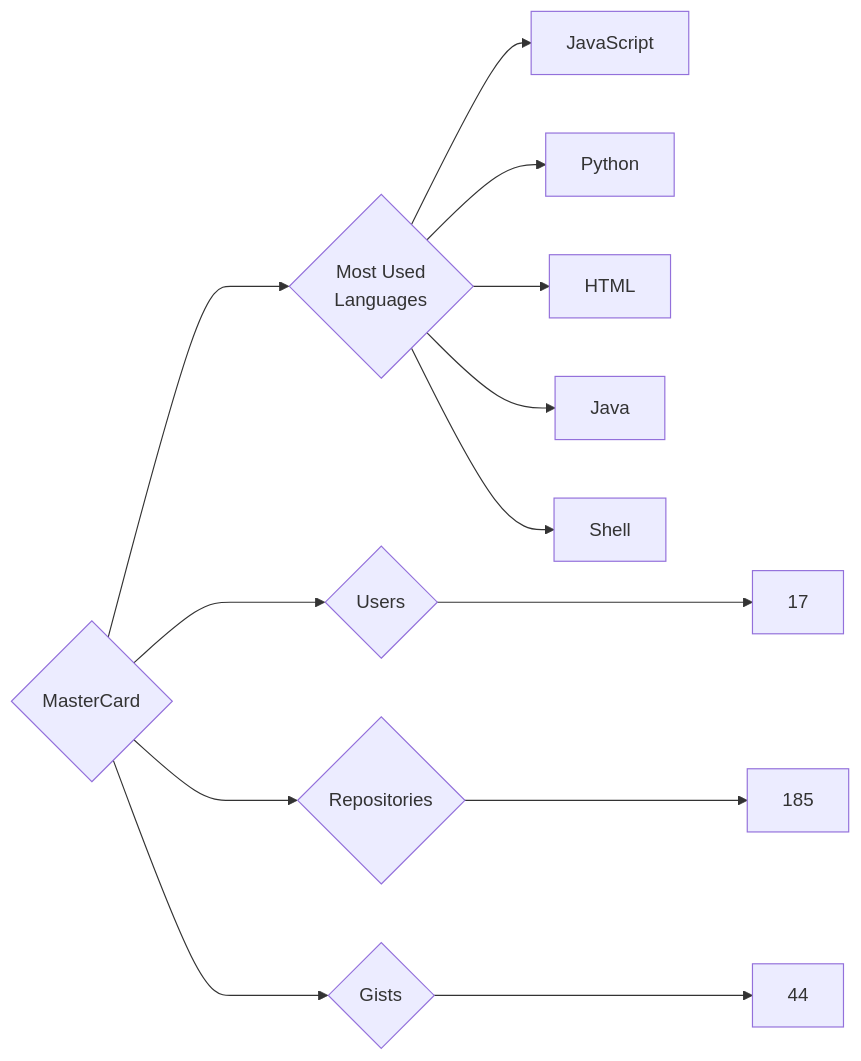
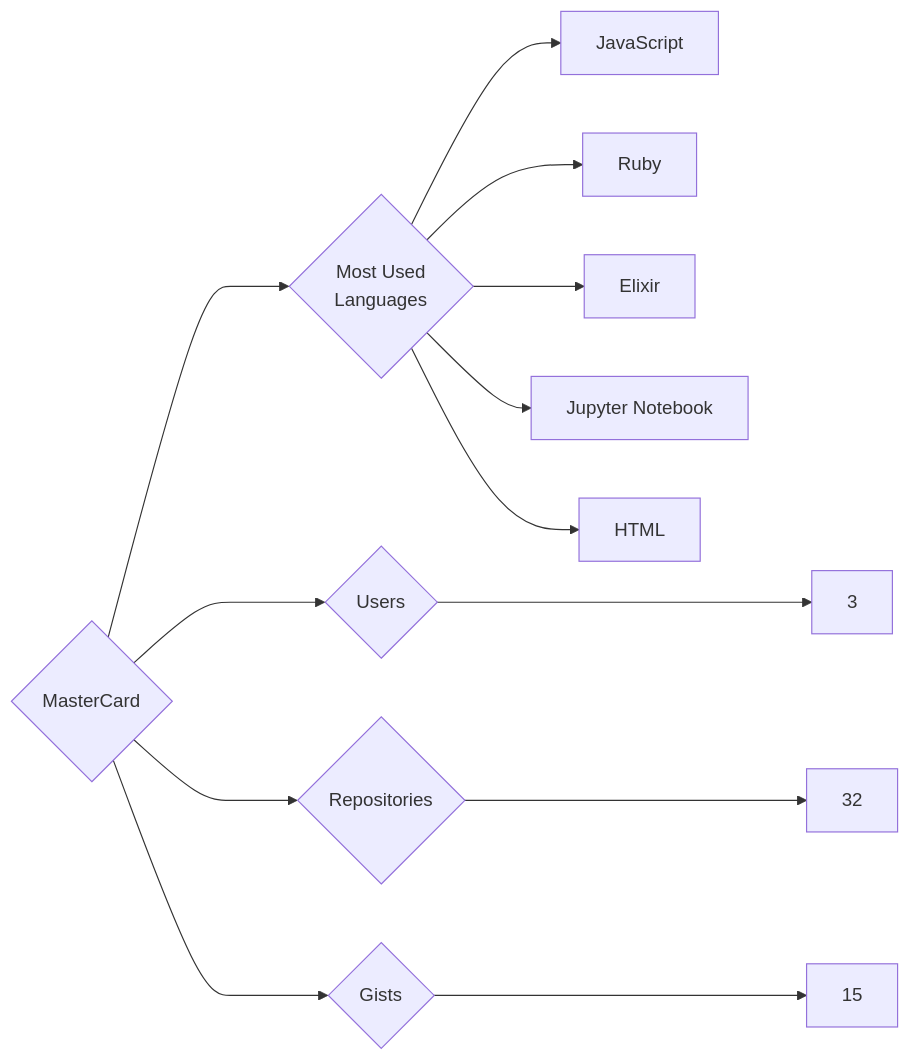
The diagram in targets/MasterCard/README.md (trickest/insiders), drawn with Mermaid before and after one commit. The commit also changed 1496 other files, not shown here.

````diff
--- a/targets/MasterCard/README.md
+++ b/targets/MasterCard/README.md
@@ -3,13 +3,13 @@
 ```mermaid
 graph LR
 COMPANY_NAME{MasterCard}
-COMPANY_NAME ---> U{Users} ---> UN[17]
-COMPANY_NAME ---> R{Repositories} ---> RN[185]
-COMPANY_NAME ---> G{Gists} ---> GN[44]
+COMPANY_NAME ---> U{Users} ---> UN[3]
+COMPANY_NAME ---> R{Repositories} ---> RN[32]
+COMPANY_NAME ---> G{Gists} ---> GN[15]
 COMPANY_NAME ---> ML{Most Used<br>Languages}
 ML --> JavaScript[JavaScript]
-ML --> Python[Python]
+ML --> Ruby[Ruby]
+ML --> Elixir[Elixir]
+ML --> Jupyter_Notebook[Jupyter Notebook]
 ML --> HTML[HTML]
-ML --> Java[Java]
-ML --> Shell[Shell]
 ```
````
